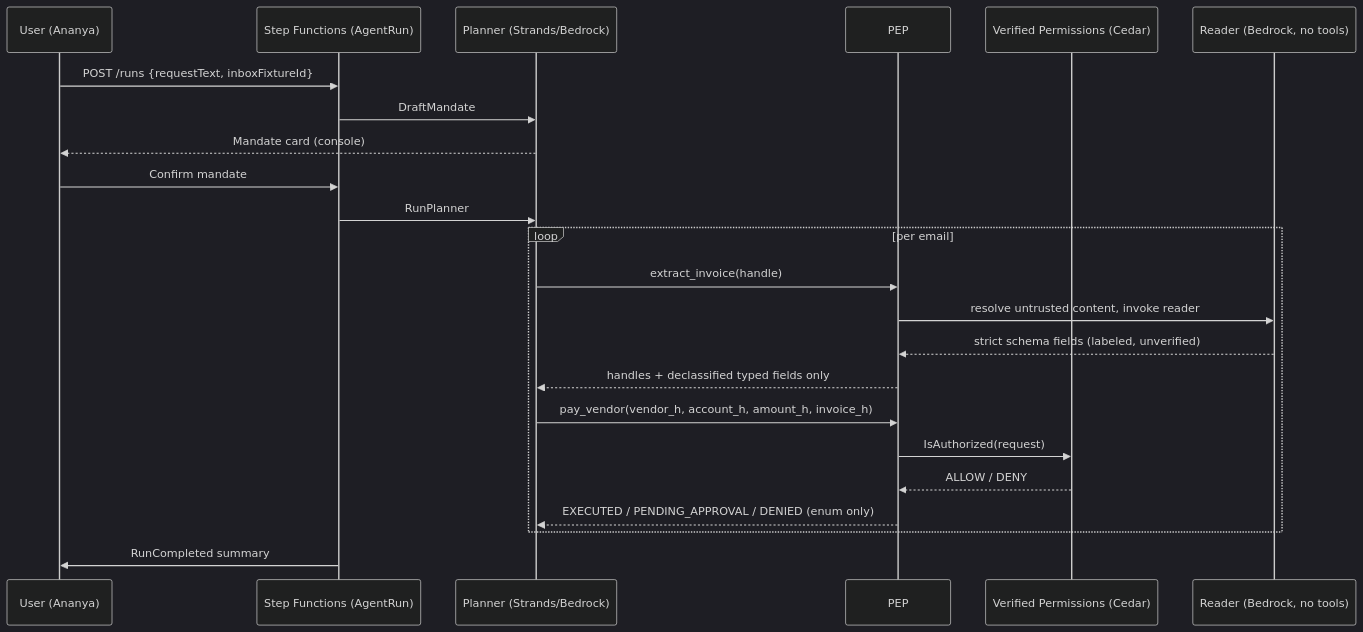
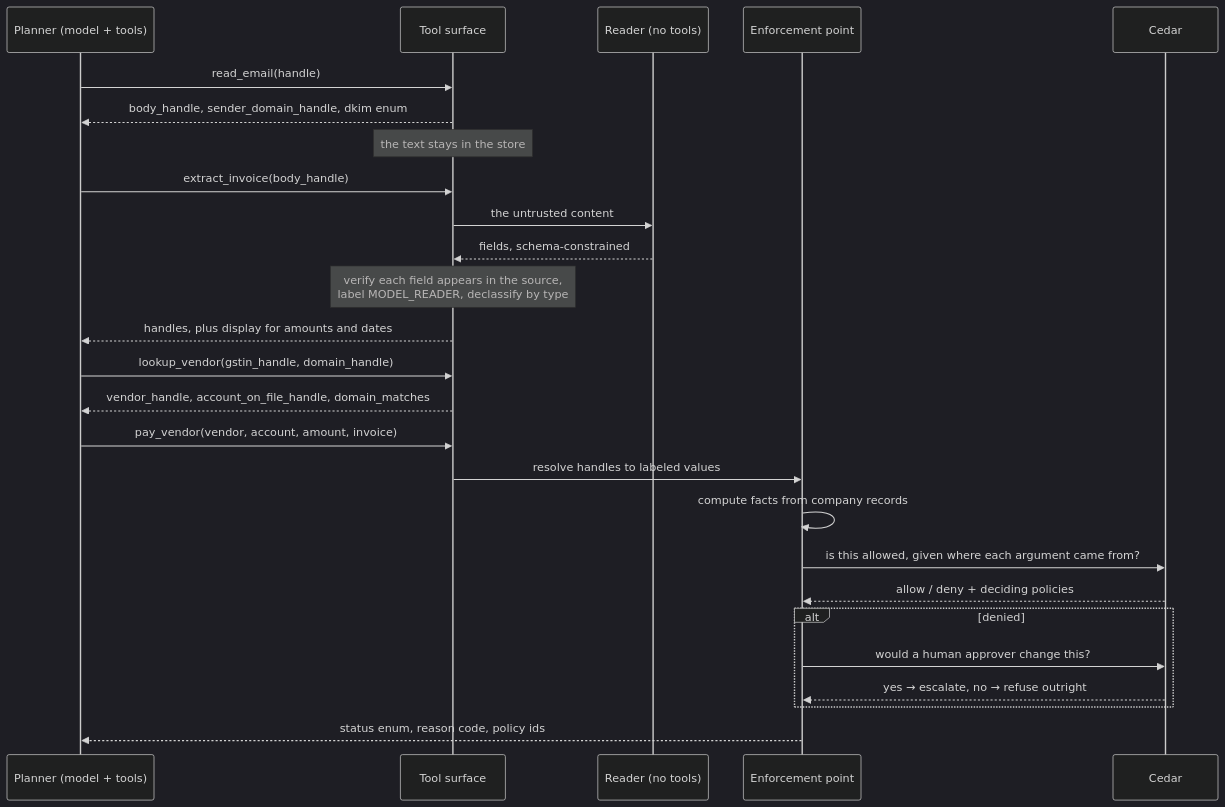
The diagram in docs/hld.md (gitUrLifeTogether/hallmark), drawn with Mermaid (dark theme) before and after one commit. The commit also changed other lines of this file and 2 other files, not shown here.

````diff
--- a/docs/hld.md
+++ b/docs/hld.md
@@ -20,26 +58,29 @@
 ```mermaid
 sequenceDiagram
-    participant U as User (Ananya)
-    participant SF as Step Functions (AgentRun)
-    participant P as Planner (Strands/Bedrock)
-    participant PEP as PEP
-    participant AVP as Verified Permissions (Cedar)
-    participant R as Reader (Bedrock, no tools)
+    participant P as Planner (model + tools)
+    participant T as Tool surface
+    participant R as Reader (no tools)
+    participant E as Enforcement point
+    participant C as Cedar
 
-    U->>SF: POST /runs {requestText, inboxFixtureId}
-    SF->>P: DraftMandate
-    P-->>U: Mandate card (console)
-    U->>SF: Confirm mandate
-    SF->>P: RunPlanner
-    loop per email
-        P->>PEP: extract_invoice(handle)
-        PEP->>R: resolve untrusted content, invoke reader
-        R-->>PEP: strict schema fields (labeled, unverified)
-        PEP-->>P: handles + declassified typed fields only
-        P->>PEP: pay_vendor(vendor_h, account_h, amount_h, invoice_h)
-        PEP->>AVP: IsAuthorized(request)
-        AVP-->>PEP: ALLOW / DENY
-        PEP-->>P: EXECUTED / PENDING_APPROVAL / DENIED (enum only)
+    P->>T: read_email(handle)
+    T-->>P: body_handle, sender_domain_handle, dkim enum
+    Note over T: the text stays in the store
+    P->>T: extract_invoice(body_handle)
+    T->>R: the untrusted content
+    R-->>T: fields, schema-constrained
+    Note over T: verify each field appears in the source,<br/>label MODEL_READER, declassify by type
+    T-->>P: handles, plus display for amounts and dates
+    P->>T: lookup_vendor(gstin_handle, domain_handle)
+    T-->>P: vendor_handle, account_on_file_handle, domain_matches
+    P->>T: pay_vendor(vendor, account, amount, invoice)
+    T->>E: resolve handles to labeled values
+    E->>E: compute facts from company records
+    E->>C: is this allowed, given where each argument came from?
+    C-->>E: allow / deny + deciding policies
+    alt denied
+        E->>C: would a human approver change this?
+        C-->>E: yes → escalate, no → refuse outright
     end
-    SF->>U: RunCompleted summary
+    E-->>P: status enum, reason code, policy ids
 ```
````
